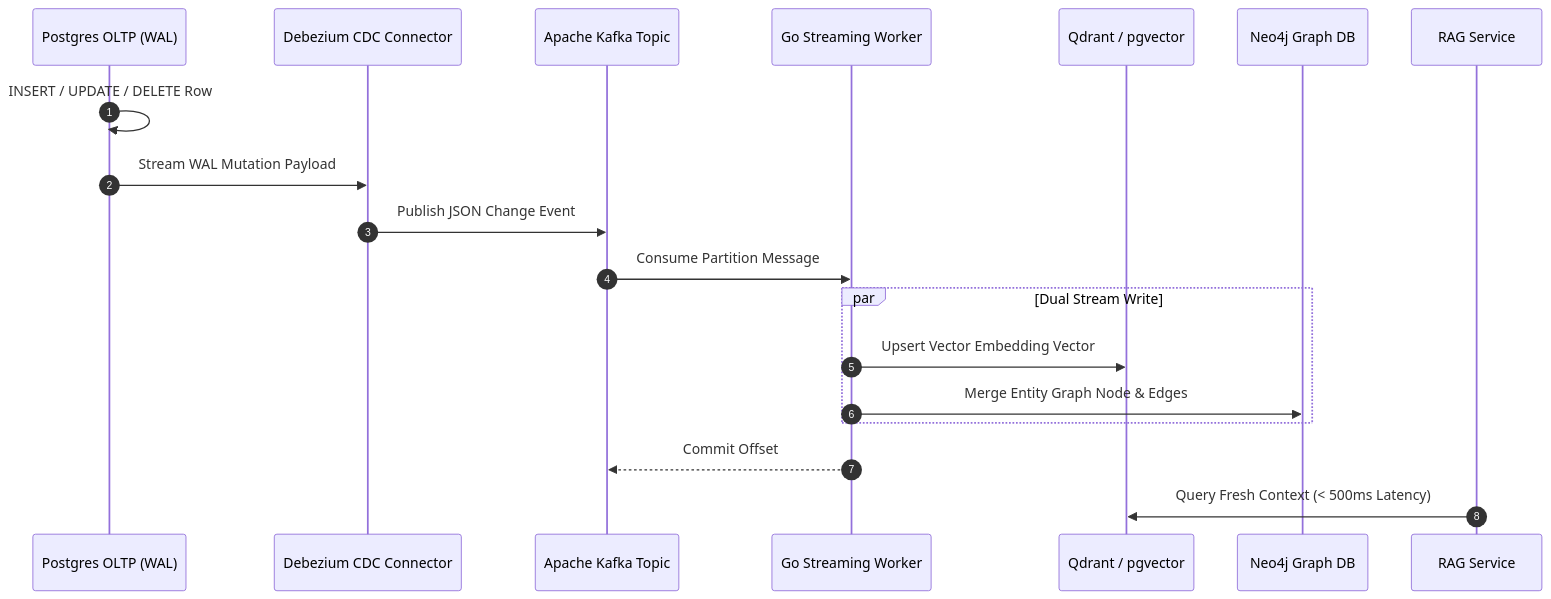
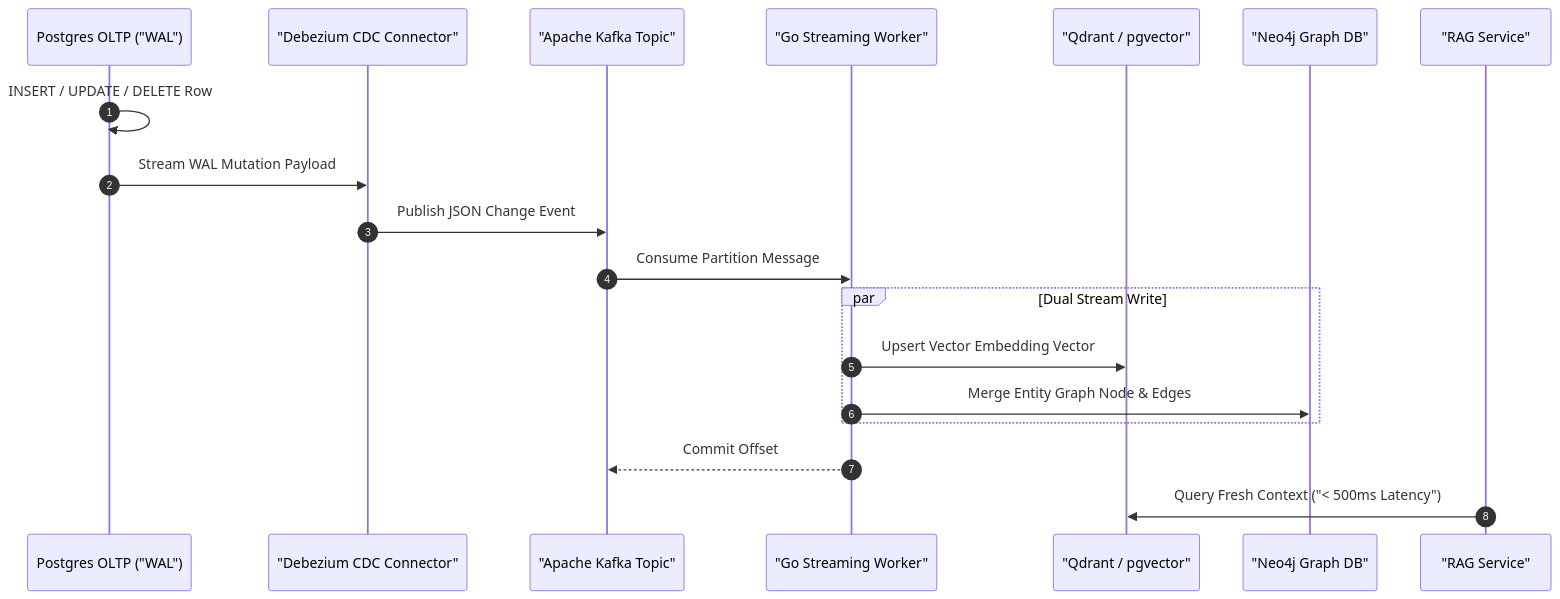
Before and after one commit to vesviet/vesviet: the first of 2 diagrams in content/series/ai-data-engineering-pipeline/part-4-streaming-cdc-federated-rag.md, drawn with Mermaid. The commit also changed other lines of this file and 331 other files, not shown here.

````diff
--- a/content/series/ai-data-engineering-pipeline/part-4-streaming-cdc-federated-rag.md
+++ b/content/series/ai-data-engineering-pipeline/part-4-streaming-cdc-federated-rag.md
@@ -35,24 +38,24 @@
 ```mermaid
 sequenceDiagram
     autonumber
-    participant DB as Postgres OLTP (WAL)
-    participant Deb as Debezium CDC Connector
-    participant Kafka as Apache Kafka Topic
-    participant GoProc as Go Streaming Worker
-    participant Vector as Qdrant / pgvector
-    participant Graph as Neo4j Graph DB
-    participant RAG as RAG Service
+    participant DB as Postgres OLTP ("WAL")
+    participant Deb as "Debezium CDC Connector"
+    participant Kafka as "Apache Kafka Topic"
+    participant GoProc as "Go Streaming Worker"
+    participant Vector as "Qdrant / pgvector"
+    participant Graph as "Neo4j Graph DB"
+    participant RAG as "RAG Service"
 
     DB->>DB: INSERT / UPDATE / DELETE Row
     DB->>Deb: Stream WAL Mutation Payload
     Deb->>Kafka: Publish JSON Change Event
     Kafka->>GoProc: Consume Partition Message
     
     par Dual Stream Write
         GoProc->>Vector: Upsert Vector Embedding Vector
         GoProc->>Graph: Merge Entity Graph Node & Edges
     end
 
     GoProc-->>Kafka: Commit Offset
-    RAG->>Vector: Query Fresh Context (< 500ms Latency)
+    RAG->>Vector: Query Fresh Context ("< 500ms Latency")
 ```
````
